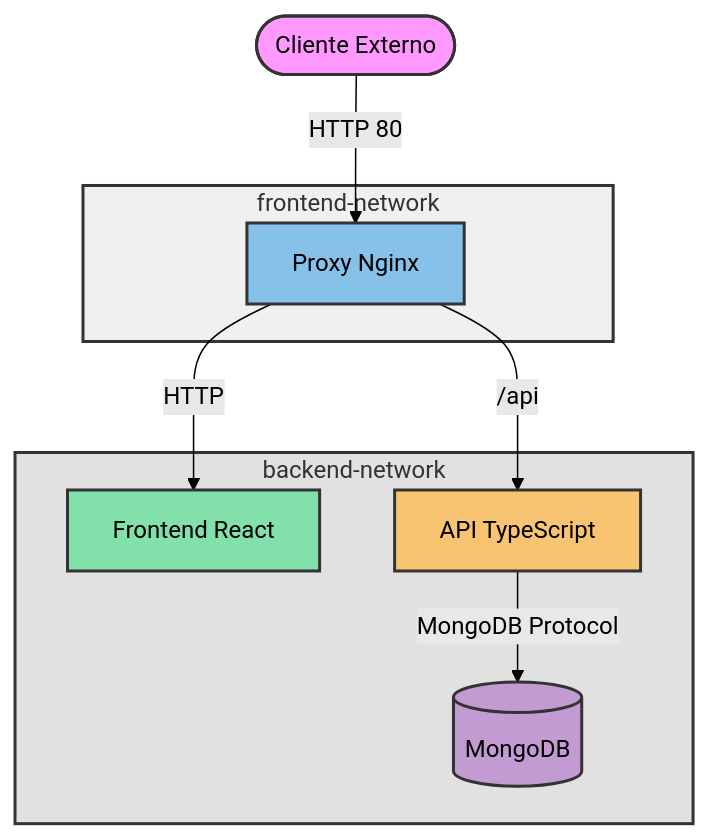
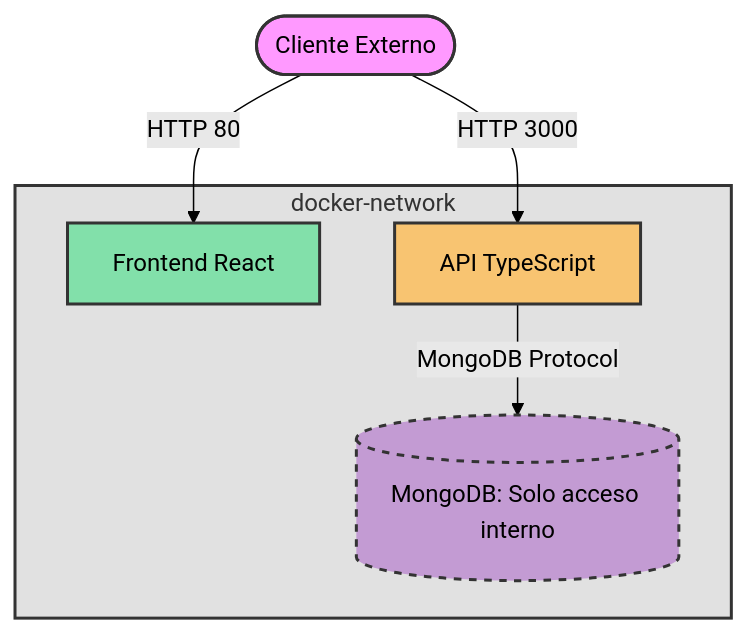
Before and after one commit to rocmeseguer/EA-Docker: the diagram in README.md, drawn with Mermaid (forest theme). The commit also changed other lines of this file and 5 other files, not shown here.

````diff
--- a/README.md
+++ b/README.md
@@ -25,25 +21,22 @@
 ```mermaid
 graph TD
     Client([Cliente Externo])
-    subgraph frontend-network
-        Proxy[Proxy Nginx]
-    end
-    subgraph backend-network
+    subgraph docker-network
         Frontend[Frontend React]
         API[API TypeScript]
-        MongoDB[(MongoDB)]
+        MongoDB[(MongoDB: Solo acceso interno)]
     end
     
-    Client -->|HTTP 80| Proxy
-    Proxy -->|HTTP| Frontend
-    Proxy -->|/api| API
+    Client -->|HTTP 80| Frontend
+    Client -->|HTTP 3000| API
     API -->|MongoDB Protocol| MongoDB
     
     style Client fill:#f9f,stroke:#333,stroke-width:2px
-    style frontend-network fill:#f0f0f0,stroke:#333,stroke-width:2px
-    style backend-network fill:#e1e1e1,stroke:#333,stroke-width:2px
-    style Proxy fill:#85C1E9,stroke:#333,stroke-width:2px
+    style docker-network fill:#e1e1e1,stroke:#333,stroke-width:2px
     style Frontend fill:#82E0AA,stroke:#333,stroke-width:2px
     style API fill:#F8C471,stroke:#333,stroke-width:2px
     style MongoDB fill:#C39BD3,stroke:#333,stroke-width:2px
+
+    classDef secured stroke-dasharray: 5 5
+    class MongoDB secured
 ```
````
